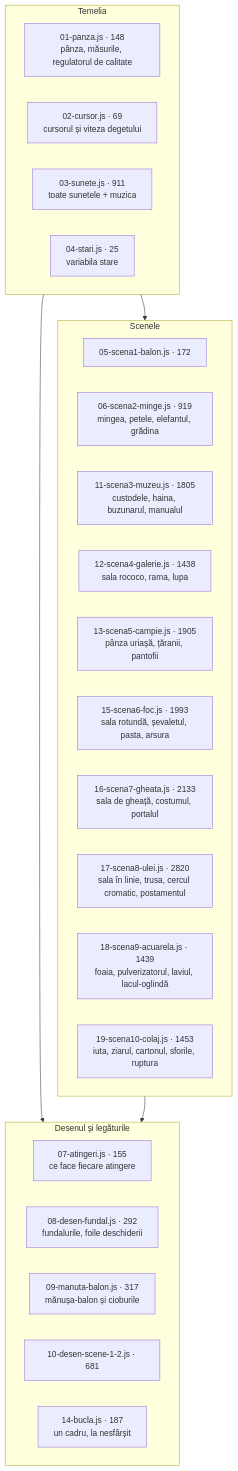
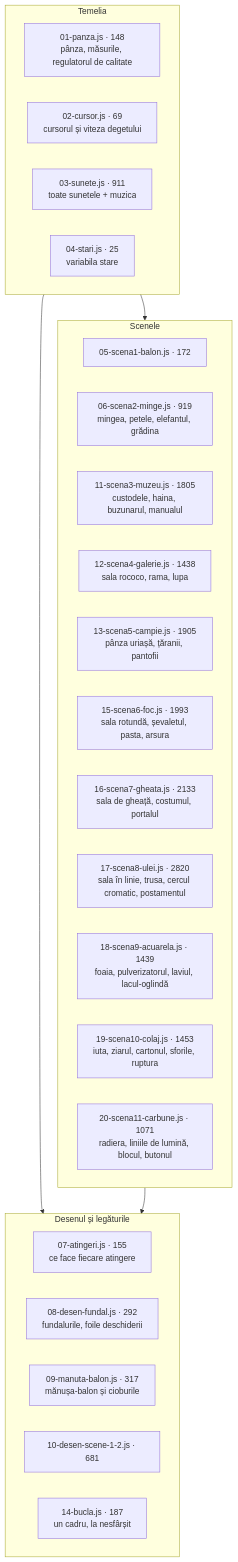
One commit to Whit3G9dNess/Viata-dintr-o-atingere changed the seventh of 10 diagrams in ARCHITECTURE.md. Above: the diagram before and after it, drawn with Mermaid. The commit also changed other lines of this file and 10 other files, not shown here.

````diff
--- a/ARCHITECTURE.md
+++ b/ARCHITECTURE.md
@@ -426,31 +463,32 @@
 ```mermaid
 flowchart TB
   subgraph T["Temelia"]
     A1["01-panza.js · 148<br/>pânza, măsurile, regulatorul de calitate"]
     A2["02-cursor.js · 69<br/>cursorul și viteza degetului"]
     A3["03-sunete.js · 911<br/>toate sunetele + muzica"]
     A4["04-stari.js · 25<br/>variabila stare"]
   end
   subgraph S["Scenele"]
     B5["05-scena1-balon.js · 172"]
     B6["06-scena2-minge.js · 919<br/>mingea, petele, elefantul, grădina"]
     B11["11-scena3-muzeu.js · 1805<br/>custodele, haina, buzunarul, manualul"]
     B12["12-scena4-galerie.js · 1438<br/>sala rococo, rama, lupa"]
     B13["13-scena5-campie.js · 1905<br/>pânza uriașă, țăranii, pantofii"]
     B15["15-scena6-foc.js · 1993<br/>sala rotundă, șevaletul, pasta, arsura"]
     B16["16-scena7-gheata.js · 2133<br/>sala de gheață, costumul, portalul"]
     B17["17-scena8-ulei.js · 2820<br/>sala în linie, trusa, cercul cromatic, postamentul"]
     B18["18-scena9-acuarela.js · 1439<br/>foaia, pulverizatorul, laviul, lacul-oglindă"]
     B19["19-scena10-colaj.js · 1453<br/>iuta, ziarul, cartonul, sforile, ruptura"]
+    B20["20-scena11-carbune.js · 1071<br/>radiera, liniile de lumină, blocul, butonul"]
   end
   subgraph D["Desenul și legăturile"]
     C7["07-atingeri.js · 155<br/>ce face fiecare atingere"]
     C8["08-desen-fundal.js · 292<br/>fundalurile, foile deschiderii"]
     C9["09-manuta-balon.js · 317<br/>mănușa-balon și cioburile"]
     C10["10-desen-scene-1-2.js · 681"]
     C14["14-bucla.js · 187<br/>un cadru, la nesfârșit"]
   end
   T --> S
   T --> D
   S --> D
 ```
````
